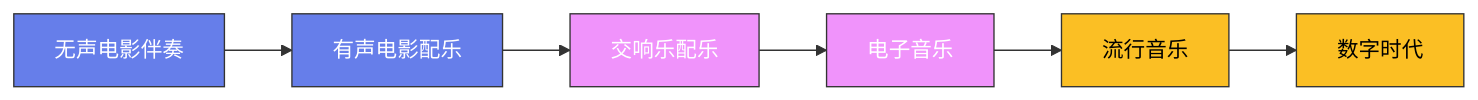
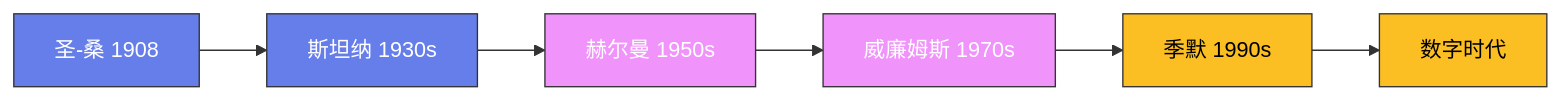
Before and after one commit to Fengur/Fengur.github.io: the diagram in content/posts/ModelCreate/电影史/08-电影音乐.md, drawn with Mermaid. The commit also changed other lines of this file and 118 other files, not shown here.

````diff
--- a/content/posts/ModelCreate/电影史/08-电影音乐.md
+++ b/content/posts/ModelCreate/电影史/08-电影音乐.md
@@ -45,16 +45,16 @@
 ```mermaid
 graph LR
-    A["无声电影伴奏"] --> B["有声电影配乐"]
-    B --> C["交响乐配乐"]
-    C --> D["电子音乐"]
-    D --> E["流行音乐"]
+    A["圣-桑 1908"] --> B["斯坦纳 1930s"]
+    B --> C["赫尔曼 1950s"]
+    C --> D["威廉姆斯 1970s"]
+    D --> E["季默 1990s"]
     E --> F["数字时代"]
 
-    classDef early fill:#667eea,stroke:#333,color:white
-    classDef mid fill:#f093fb,stroke:#333,color:white
+    classDef pioneer fill:#667eea,stroke:#333,color:white
+    classDef master fill:#f093fb,stroke:#333,color:white
     classDef modern fill:#fbbf24,stroke:#333,color:black
 
-    class A,B early
-    class C,D mid
+    class A,B pioneer
+    class C,D master
     class E,F modern
 ```
````
